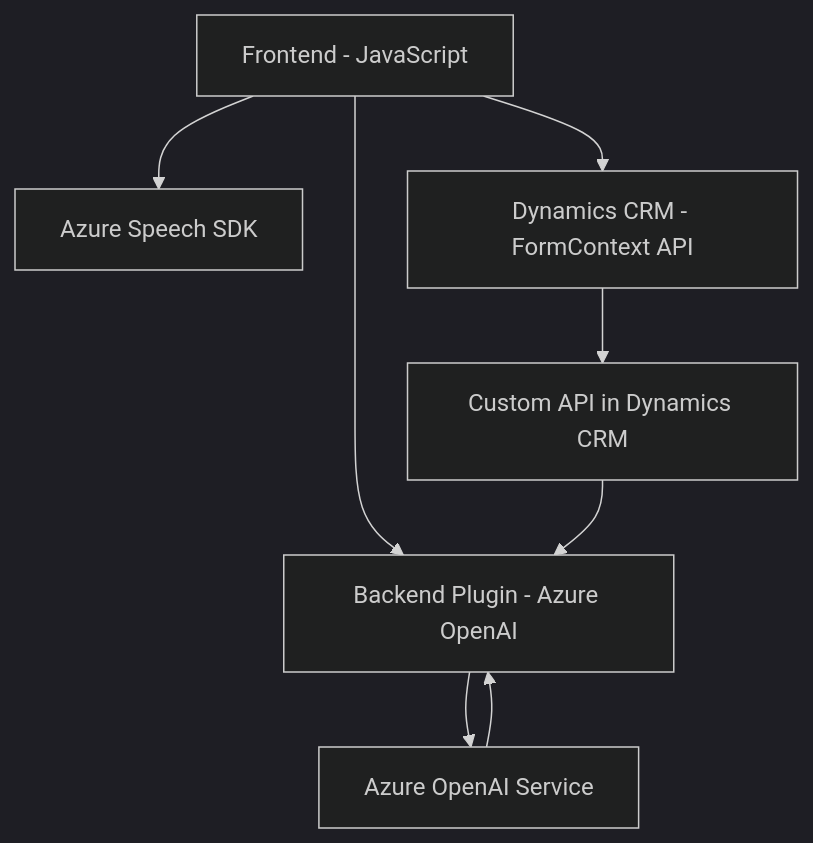
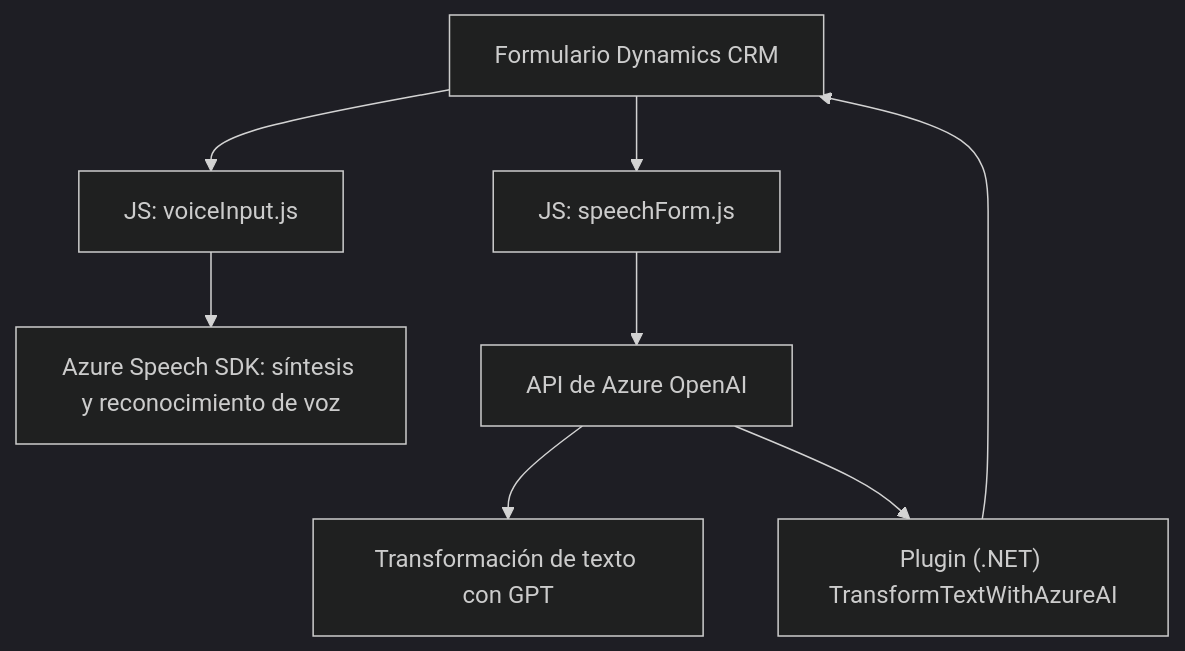
Before and after one commit to blopezdm/NETCORE_BILBAO2025: the diagram in README.md, drawn with Mermaid (dark theme). The commit also changed other lines of this file, not shown here.

Commit message:
Actualizar análisis global de la solución con IA

````diff
--- a/README.md
+++ b/README.md
@@ -69,10 +39,10 @@
 ```mermaid
 graph TD
-    A["Frontend - JavaScript"] --> B["Azure Speech SDK"]
-    A --> C["Dynamics CRM - FormContext API"]
-    A --> D["Backend Plugin - Azure OpenAI"]
-    D --> E["Azure OpenAI Service"]
-    C --> F["Custom API in Dynamics CRM"]
-    E --> D
-    F --> D
+    A[Formulario Dynamics CRM] --> B["JS: voiceInput.js"]
+    A --> C["JS: speechForm.js"]
+    B --> D["Azure Speech SDK: síntesis y reconocimiento de voz"]
+    C --> E["API de Azure OpenAI"]
+    E --> F["Transformación de texto con GPT"]
+    E --> G["Plugin (.NET) TransformTextWithAzureAI"]
+    G --> A
 ```
````
